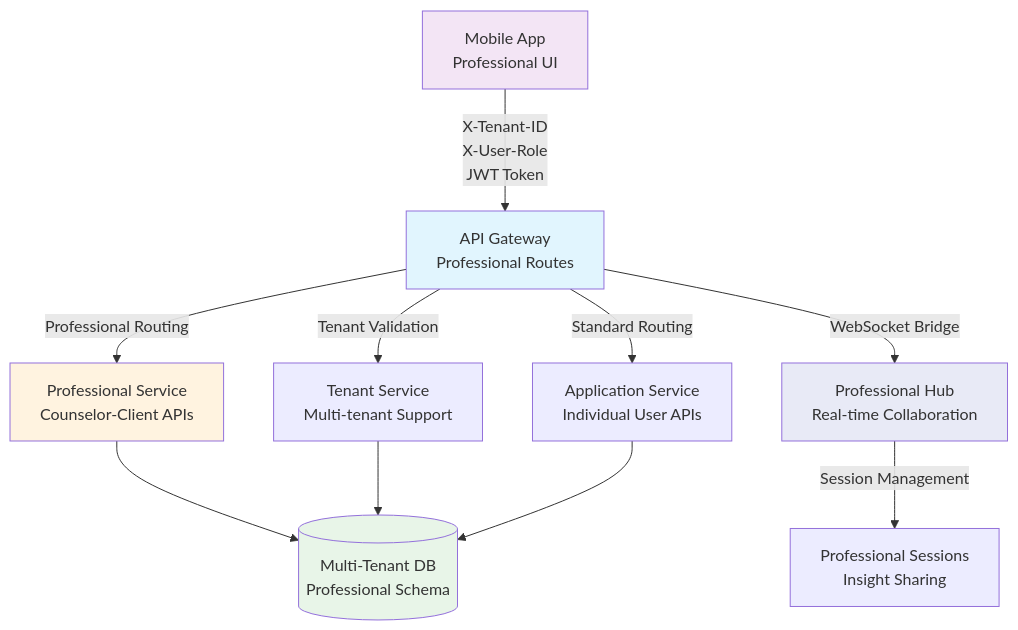
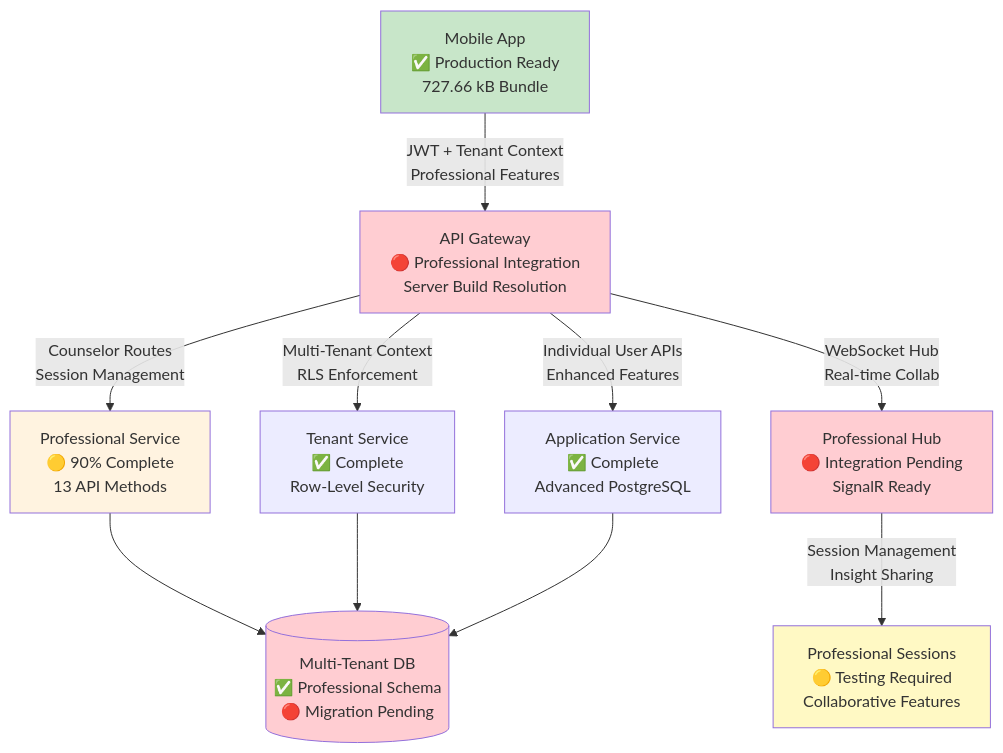
The first of 2 diagrams in DEVELOPMENT_CONTEXT.md (ben-marino/baseline), drawn with Mermaid before and after one commit. The commit also changed other lines of this file and 1 other file, not shown here.

Commit message:
[mobile] Resolve API sync 404 errors

````diff
--- a/DEVELOPMENT_CONTEXT.md
+++ b/DEVELOPMENT_CONTEXT.md
@@ -612,20 +922,21 @@
 ```mermaid
 graph TB
-    M[Mobile App<br/>Professional UI] -->|X-Tenant-ID<br/>X-User-Role<br/>JWT Token| G[API Gateway<br/>Professional Routes]
-    G -->|Professional Routing| PS[Professional Service<br/>Counselor-Client APIs]
-    G -->|Tenant Validation| TS[Tenant Service<br/>Multi-tenant Support]
-    G -->|Standard Routing| AS[Application Service<br/>Individual User APIs]
+    M[Mobile App<br/>✅ Production Ready<br/>727.66 kB Bundle] -->|JWT + Tenant Context<br/>Professional Features| G[API Gateway<br/>🔴 Professional Integration<br/>Server Build Resolution]
+    G -->|Counselor Routes<br/>Session Management| PS[Professional Service<br/>🟡 90% Complete<br/>13 API Methods]
+    G -->|Multi-Tenant Context<br/>RLS Enforcement| TS[Tenant Service<br/>✅ Complete<br/>Row-Level Security]
+    G -->|Individual User APIs<br/>Enhanced Features| AS[Application Service<br/>✅ Complete<br/>Advanced PostgreSQL]
     
-    PS --> DB[(Multi-Tenant DB<br/>Professional Schema)]
+    PS --> DB[(Multi-Tenant DB<br/>✅ Professional Schema<br/>🔴 Migration Pending)]
     TS --> DB
     AS --> DB
     
-    G -->|WebSocket Bridge| WS[Professional Hub<br/>Real-time Collaboration]
-    WS -->|Session Management| PC[Professional Sessions<br/>Insight Sharing]
+    G -->|WebSocket Hub<br/>Real-time Collab| WS[Professional Hub<br/>🔴 Integration Pending<br/>SignalR Ready]
+    WS -->|Session Management<br/>Insight Sharing| PC[Professional Sessions<br/>🟡 Testing Required<br/>Collaborative Features]
     
-    style G fill:#e1f5fe
-    style M fill:#f3e5f5
-    style DB fill:#e8f5e8
+    style M fill:#c8e6c9
+    style G fill:#ffcdd2
     style PS fill:#fff3e0
-    style WS fill:#e8eaf6
+    style DB fill:#ffcdd2
+    style WS fill:#ffcdd2
+    style PC fill:#fff9c4
 ```
````
